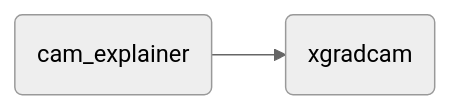
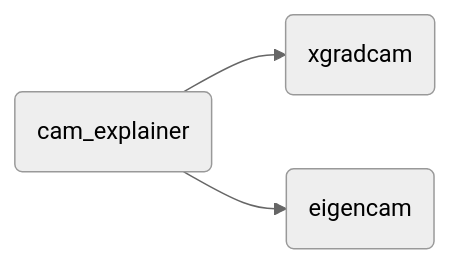
Before and after one commit to intel/intel-xai-tools: the diagram in intel-xai-tools/explainer/cam/README.md, drawn with Mermaid (neutral theme). The commit also changed other lines of this file and 6 other files, not shown here.

First line of the commit message:
Cam explainer v2 from yhchoe PR#140 (#183)

````diff
--- a/intel-xai-tools/explainer/cam/README.md
+++ b/intel-xai-tools/explainer/cam/README.md
@@ -13,5 +13,7 @@
 ```{mermaid}
 graph LR
 A(cam_explainer) --> B(xgradcam)
+A(cam_explainer) --> C(eigencam)
 click B "/explainer/cam_explainer.html#cam_explainer.xgradcam" "xgradcam"
+click C "/explainer/cam_explainer.html#cam_explainer.eigencam" "eigencam"
 ```
````
